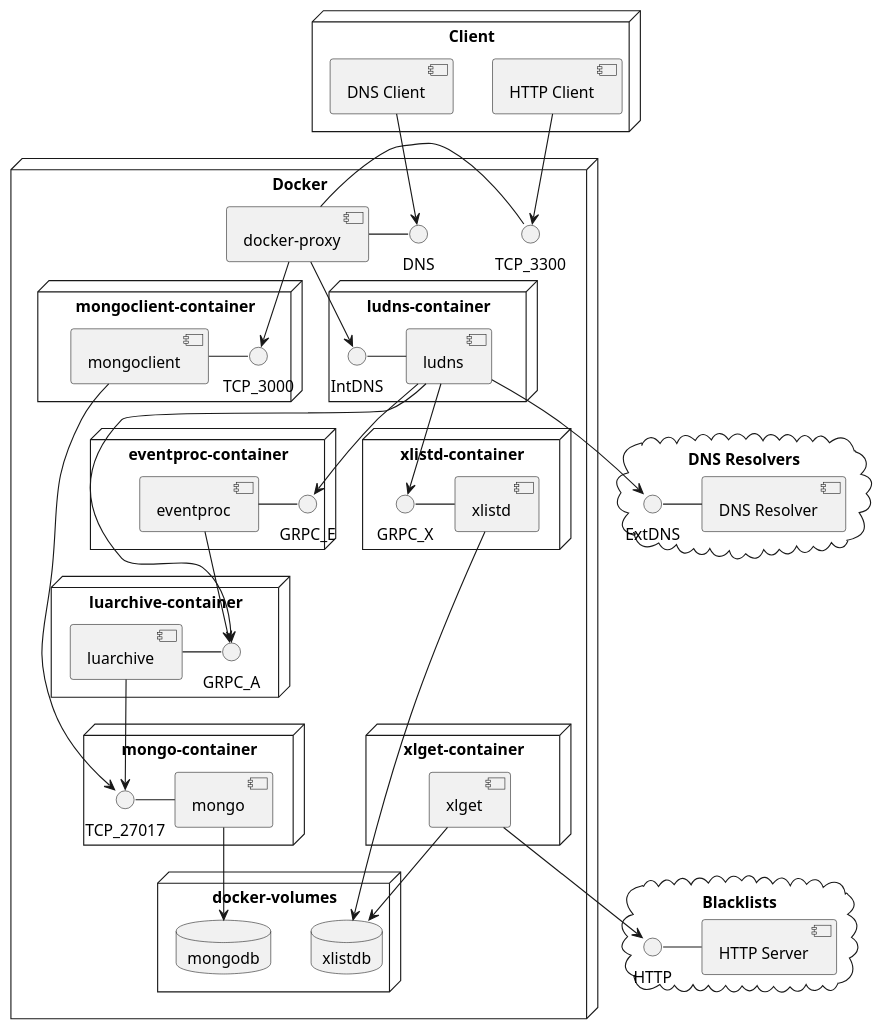
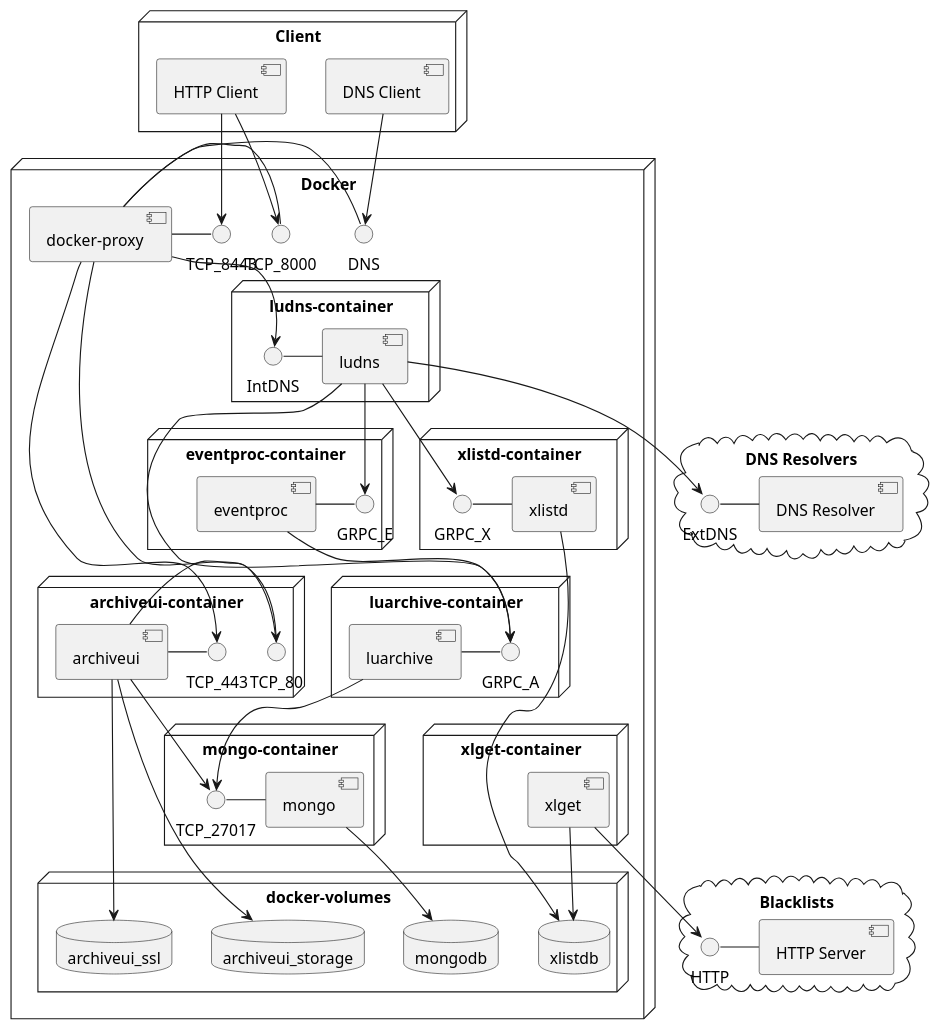
The diagram in docker/advanced-dns-sinkhole/diagram.puml (luids-io/deploy), drawn with PlantUML before and after one commit. The commit also changed 5 other files, not shown here.

Commit message:
changed mongoclient gui by luids archiveui

```diff
--- a/docker/advanced-dns-sinkhole/diagram.puml
+++ b/docker/advanced-dns-sinkhole/diagram.puml
@@ -1,69 +1,76 @@
 @startuml
 
 cloud "Blacklists" {
  [HTTP Server] -left- HTTP
 }
 
 cloud "DNS Resolvers" {
  [DNS Resolver] -left- ExtDNS
 }
 
 node "Docker" {
   node "docker-volumes" {
     database "mongodb"
     database "xlistdb"
+    database "archiveui_storage"
+    database "archiveui_ssl"
   }
  
   node "mongo-container" {
     [mongo] -left- TCP_27017 
   }
   [mongo] --> mongodb
   
-  node "mongoclient-container" {
-    [mongoclient] - TCP_3000
-  }
-  [mongoclient] --> TCP_27017
-
   node "xlget-container" {
     [xlget] --> [xlistdb]
   }
   [xlget] --> HTTP
 
   node "xlistd-container" {
     [xlistd] -left- GRPC_X
   }
   [xlistd] --> [xlistdb]
  
   node "luarchive-container" {
     [luarchive] - GRPC_A
   } 
   [luarchive] --> TCP_27017
   
   node "eventproc-container" {
     [eventproc] - GRPC_E
   }
   [eventproc] --> GRPC_A
 
   node "ludns-container" {
     [ludns] -left- IntDNS
   }
 
   [ludns] --> GRPC_X
   [ludns] --> ExtDNS
   [ludns] --> GRPC_E
   [ludns] --> GRPC_A
 
+  node "archiveui-container" {
+    [archiveui] - TCP_80
+    [archiveui] - TCP_443
+  }
+  [archiveui] --> TCP_27017
+  [archiveui] --> archiveui_storage
+  [archiveui] --> archiveui_ssl
 
   [docker-proxy] --> IntDNS
-  [docker-proxy] --> TCP_3000
+  [docker-proxy] --> TCP_80
+  [docker-proxy] --> TCP_443
   [docker-proxy] - DNS
-  [docker-proxy] - TCP_3300
+  [docker-proxy] - TCP_8000
+  [docker-proxy] - TCP_8443
 
 }
 
 node "Client" {
   [DNS Client] --> DNS
-  [HTTP Client] --> TCP_3300
+  [HTTP Client] --> TCP_8000
+  [HTTP Client] --> TCP_8443
 }
 
 @enduml
```
